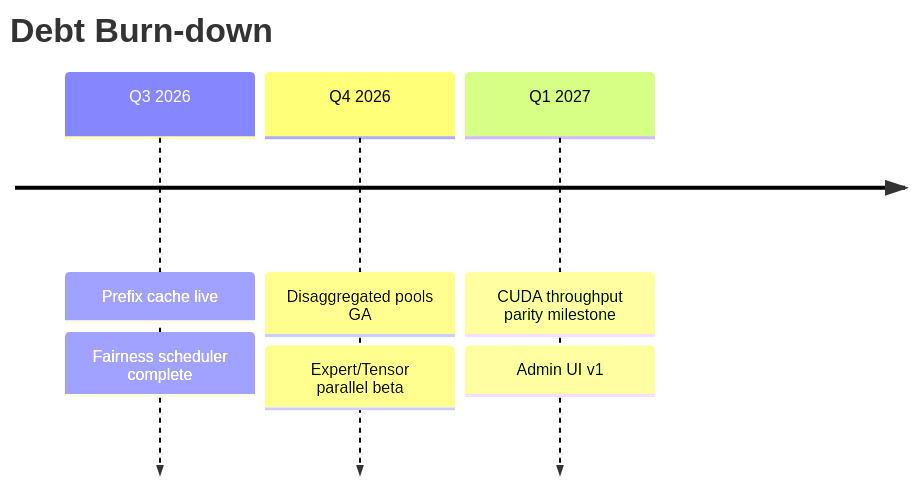
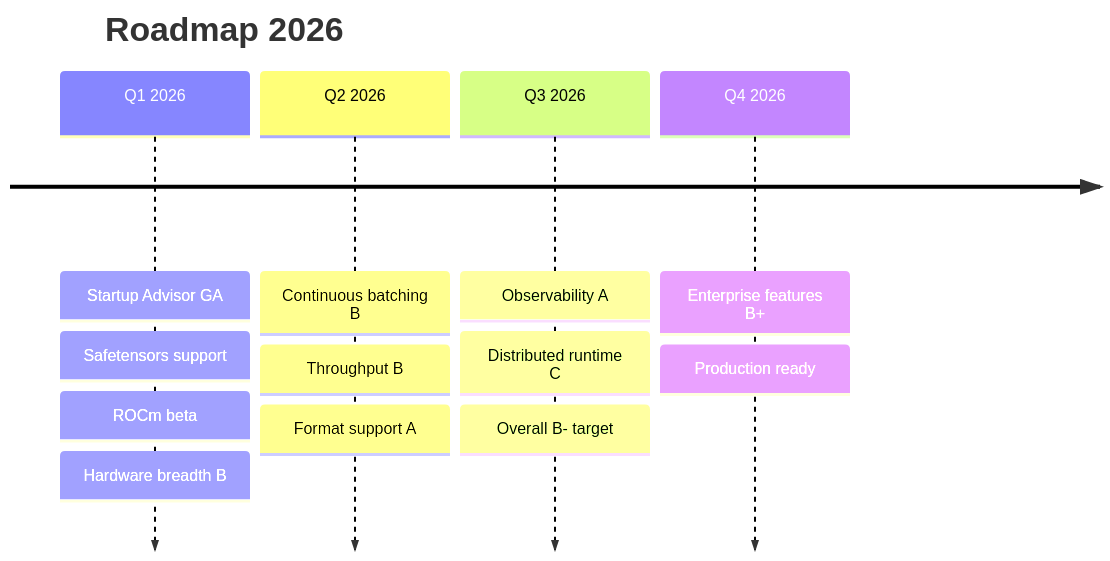
Before and after one commit to vjsingh1984/inferflux: the first of 3 diagrams in docs/TechDebt_and_Competitive_Roadmap.md, drawn with Mermaid. The commit also changed other lines of this file and 41 other files, not shown here.

````diff
--- a/docs/TechDebt_and_Competitive_Roadmap.md
+++ b/docs/TechDebt_and_Competitive_Roadmap.md
@@ -15,7 +17,8 @@
 ```mermaid
 timeline
-    title Debt Burn-down
-    Q3 2026 : Prefix cache live : Fairness scheduler complete
-    Q4 2026 : Disaggregated pools GA : Expert/Tensor parallel beta
-    Q1 2027 : CUDA throughput parity milestone : Admin UI v1
+    title Roadmap 2026
+    Q1 2026 : Startup Advisor GA : Safetensors support : ROCm beta : Hardware breadth B
+    Q2 2026 : Continuous batching B : Throughput B : Format support A
+    Q3 2026 : Observability A : Distributed runtime C : Overall B- target
+    Q4 2026 : Enterprise features B+ : Production ready
 ```
````
